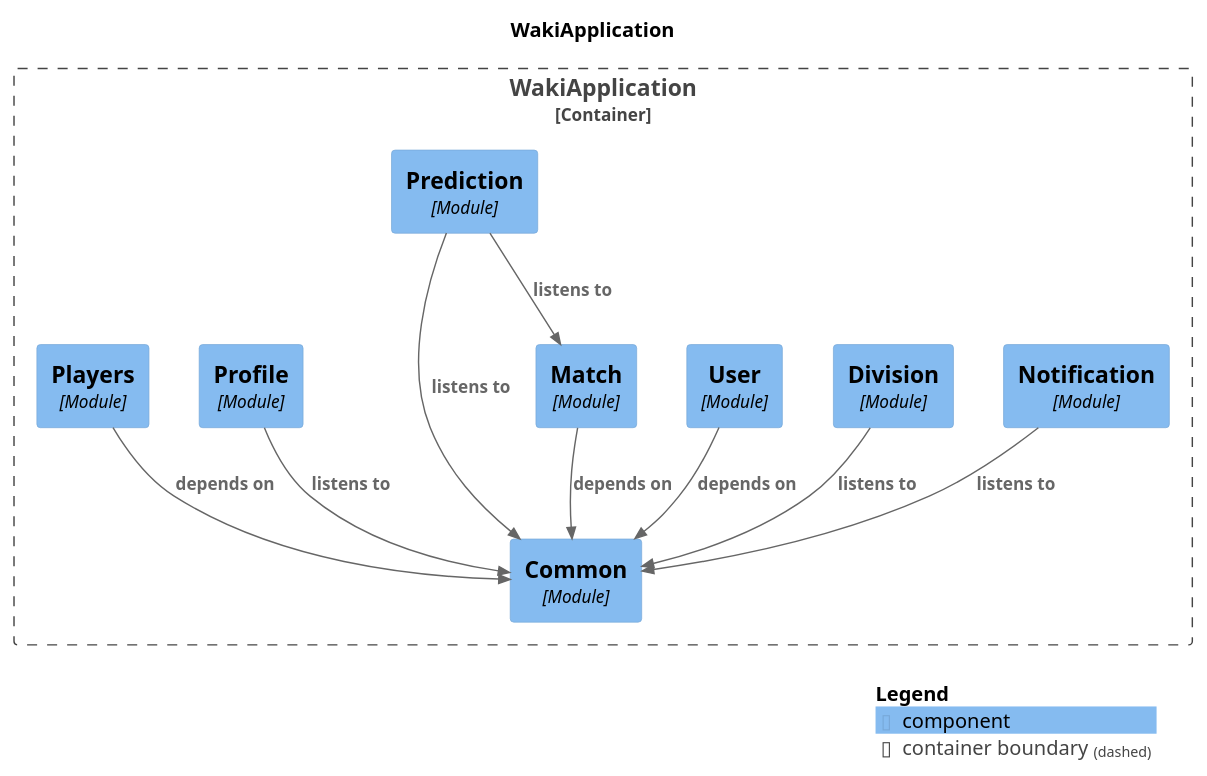
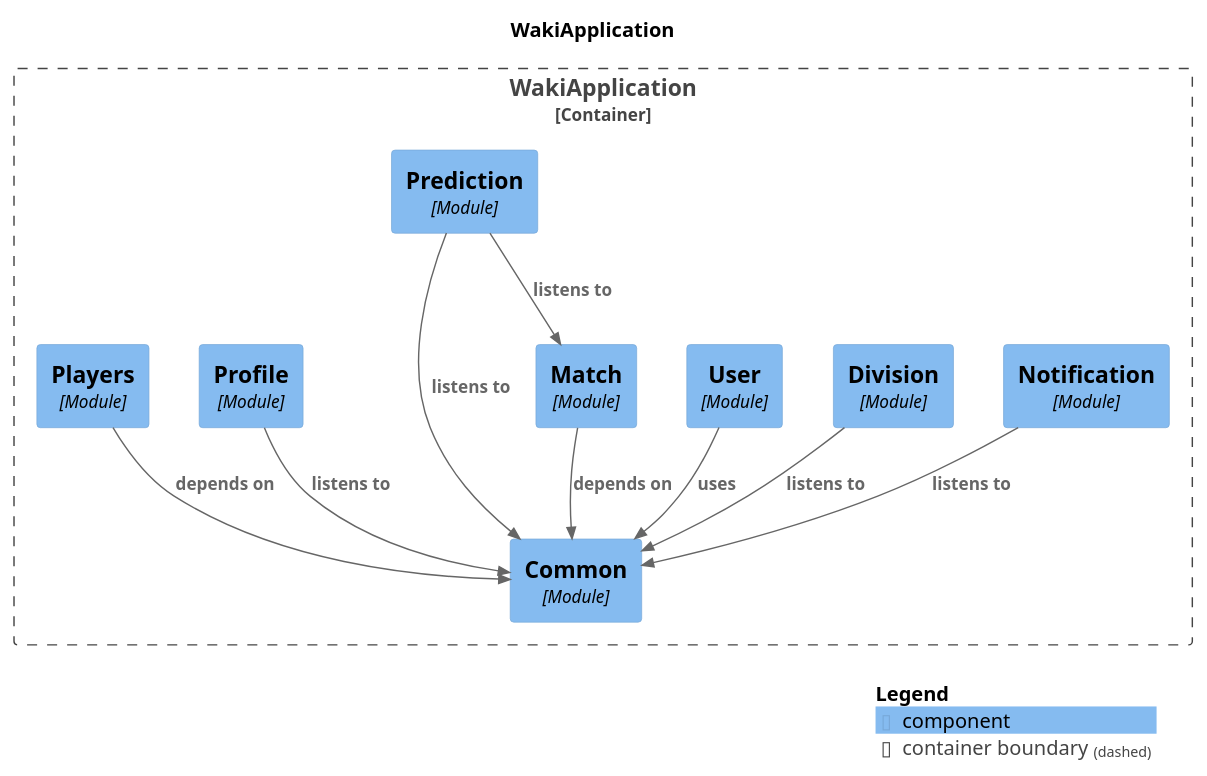
One commit to No-Country-simulation/h2-02-ft-java-react changed the diagram in backend/target/spring-modulith-docs/components.puml. Above: the diagram before and after it, drawn with PlantUML. The commit also changed 14 other files, not shown here.

```diff
--- a/backend/target/spring-modulith-docs/components.puml
+++ b/backend/target/spring-modulith-docs/components.puml
@@ -1,32 +1,32 @@
 @startuml
 set separator none
 title WakiApplication
 
 top to bottom direction
 
 !include <C4/C4>
 !include <C4/C4_Context>
 !include <C4/C4_Component>
 
 Container_Boundary("WakiApplication.WakiApplication_boundary", "WakiApplication", $tags="") {
   Component(WakiApplication.WakiApplication.Notification, "Notification", $techn="Module", $descr="", $tags="", $link="")
   Component(WakiApplication.WakiApplication.Division, "Division", $techn="Module", $descr="", $tags="", $link="")
   Component(WakiApplication.WakiApplication.Common, "Common", $techn="Module", $descr="", $tags="", $link="")
   Component(WakiApplication.WakiApplication.Match, "Match", $techn="Module", $descr="", $tags="", $link="")
   Component(WakiApplication.WakiApplication.User, "User", $techn="Module", $descr="", $tags="", $link="")
   Component(WakiApplication.WakiApplication.Prediction, "Prediction", $techn="Module", $descr="", $tags="", $link="")
   Component(WakiApplication.WakiApplication.Profile, "Profile", $techn="Module", $descr="", $tags="", $link="")
   Component(WakiApplication.WakiApplication.Players, "Players", $techn="Module", $descr="", $tags="", $link="")
 }
 
-Rel(WakiApplication.WakiApplication.Notification, WakiApplication.WakiApplication.Common, "listens to", $techn="", $tags="", $link="")
-Rel(WakiApplication.WakiApplication.User, WakiApplication.WakiApplication.Common, "depends on", $techn="", $tags="", $link="")
 Rel(WakiApplication.WakiApplication.Players, WakiApplication.WakiApplication.Common, "depends on", $techn="", $tags="", $link="")
-Rel(WakiApplication.WakiApplication.Match, WakiApplication.WakiApplication.Common, "depends on", $techn="", $tags="", $link="")
-Rel(WakiApplication.WakiApplication.Profile, WakiApplication.WakiApplication.Common, "listens to", $techn="", $tags="", $link="")
 Rel(WakiApplication.WakiApplication.Division, WakiApplication.WakiApplication.Common, "listens to", $techn="", $tags="", $link="")
 Rel(WakiApplication.WakiApplication.Prediction, WakiApplication.WakiApplication.Match, "listens to", $techn="", $tags="", $link="")
 Rel(WakiApplication.WakiApplication.Prediction, WakiApplication.WakiApplication.Common, "listens to", $techn="", $tags="", $link="")
+Rel(WakiApplication.WakiApplication.Notification, WakiApplication.WakiApplication.Common, "listens to", $techn="", $tags="", $link="")
+Rel(WakiApplication.WakiApplication.Profile, WakiApplication.WakiApplication.Common, "listens to", $techn="", $tags="", $link="")
+Rel(WakiApplication.WakiApplication.Match, WakiApplication.WakiApplication.Common, "depends on", $techn="", $tags="", $link="")
+Rel(WakiApplication.WakiApplication.User, WakiApplication.WakiApplication.Common, "uses", $techn="", $tags="", $link="")
 
 SHOW_LEGEND(true)
 @enduml
```
